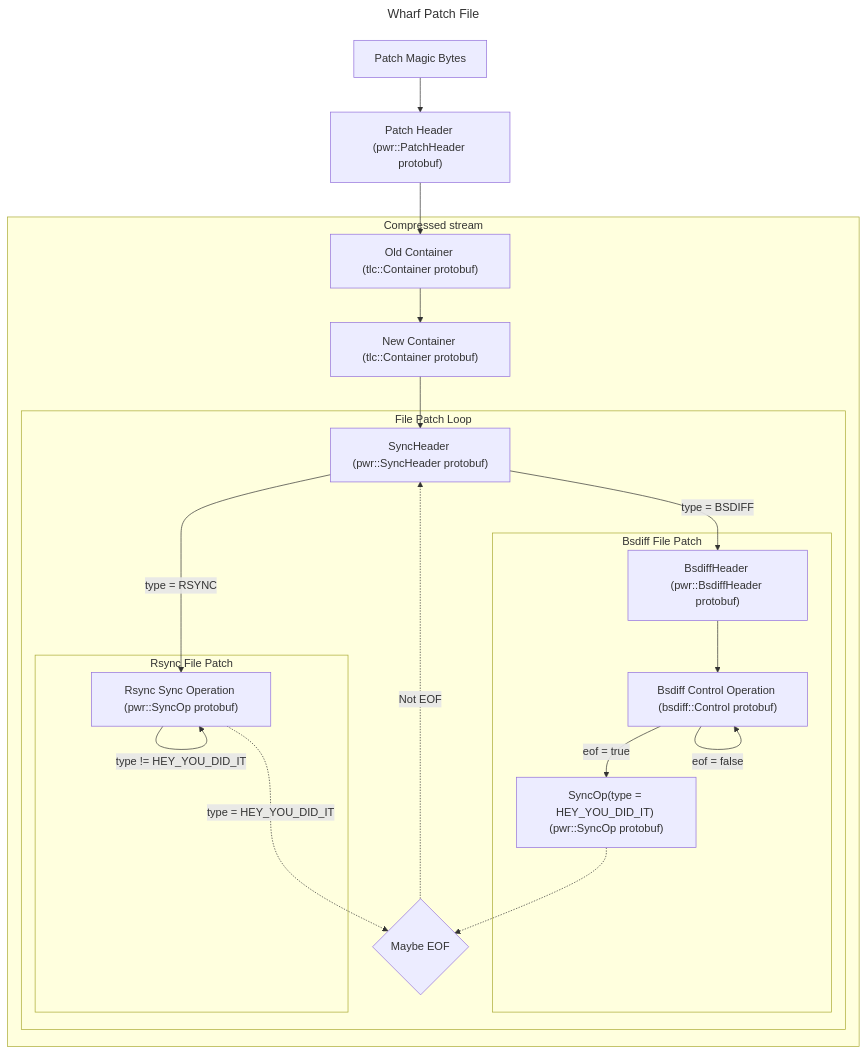
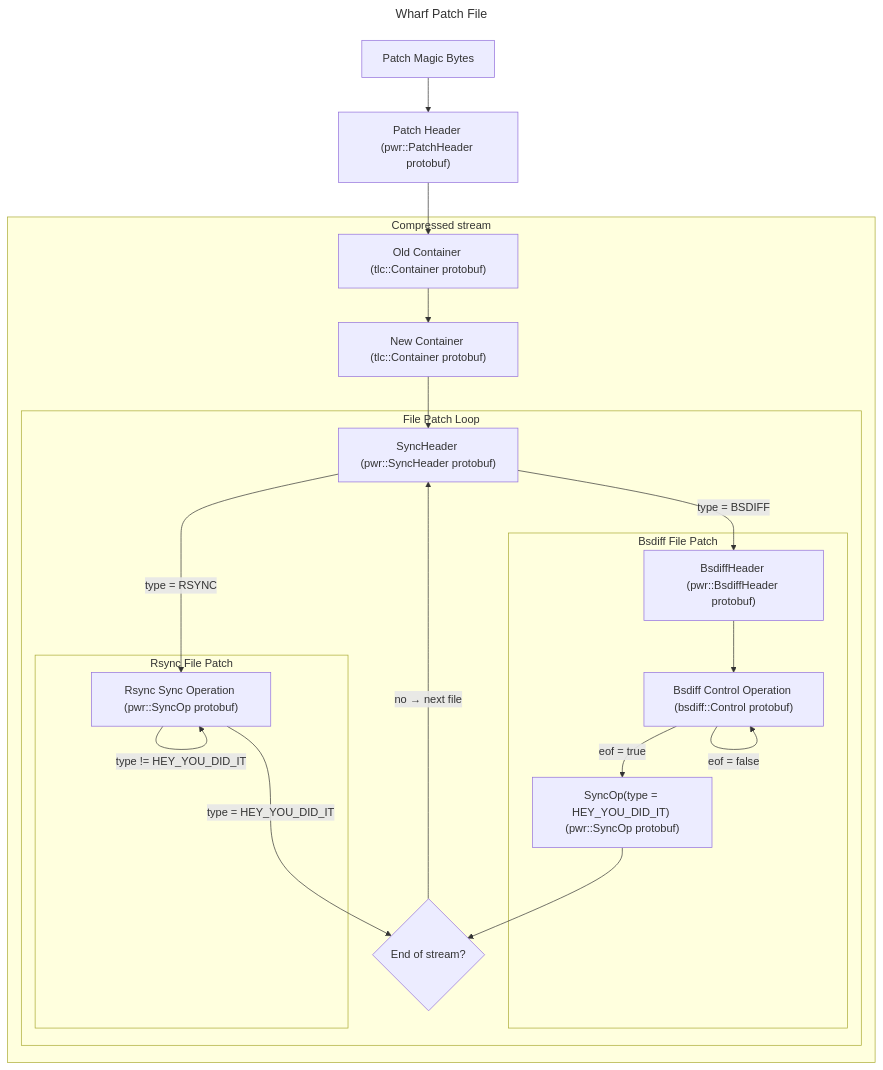
One commit to Vidi0/scratch-io changed the diagram in docs/wharf/file_formats/patch.md. Above: the diagram before and after it, drawn with Mermaid. The commit also changed 1 other file, not shown here.

Commit message:
Replace "Maybe EOF" with "End of stream?" in docs flowchart

````diff
--- a/docs/wharf/file_formats/patch.md
+++ b/docs/wharf/file_formats/patch.md
@@ -1,28 +1,28 @@
 ```mermaid
 ---
 title: Wharf Patch File
 ---
 flowchart TB
     Magic["Patch Magic Bytes"] --> PatchHeader["Patch Header (pwr::PatchHeader protobuf)"]
     PatchHeader --> ContainerOld
     subgraph Compressed["Compressed stream"]
         ContainerOld["Old Container (tlc::Container protobuf)"] --> ContainerNew["New Container (tlc::Container protobuf)"]
         ContainerNew --> SyncHeader["SyncHeader (pwr::SyncHeader protobuf)"]
         subgraph SyncHeaderLoop["File Patch Loop"]
             SyncHeader -->|"type = BSDIFF"| BsdiffHeader["BsdiffHeader (pwr::BsdiffHeader protobuf)"]
             subgraph BsdiffLoop["Bsdiff File Patch"]
                 BsdiffHeader --> Control["Bsdiff Control Operation (bsdiff::Control protobuf)"]
                 Control -->|"eof = false"| Control
                 Control -->|"eof = true"| HeySyncOp["SyncOp(type = HEY_YOU_DID_IT) (pwr::SyncOp protobuf)"]
             end
             SyncHeader -->|"type = RSYNC"| SyncOp["Rsync Sync Operation (pwr::SyncOp protobuf)"]
-            SyncOp .->|"type = HEY_YOU_DID_IT"| EOF
+            SyncOp -->|"type = HEY_YOU_DID_IT"| EOF
             subgraph RsyncLoop["Rsync File Patch"]
                 SyncOp -->|"type != HEY_YOU_DID_IT"| SyncOp
             end
-            HeySyncOp .-> EOF
+            HeySyncOp --> EOF
 
-            EOF{"Maybe EOF"} .->|"Not EOF"| SyncHeader
+            EOF{"End of stream?"} -->|"no → next file"| SyncHeader
         end
     end
 ```
````
